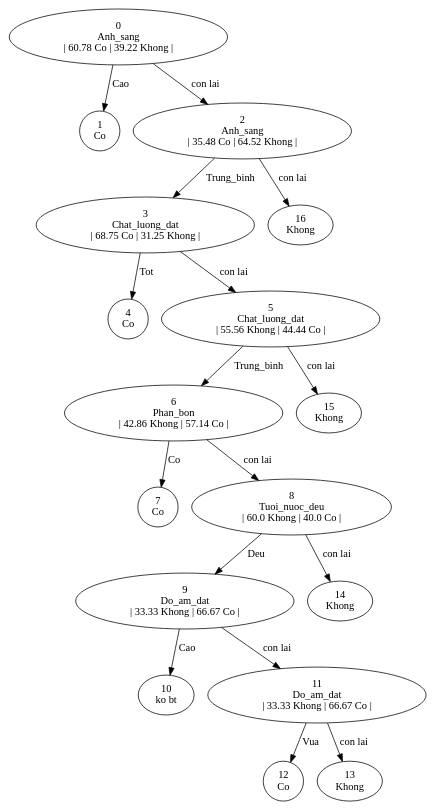
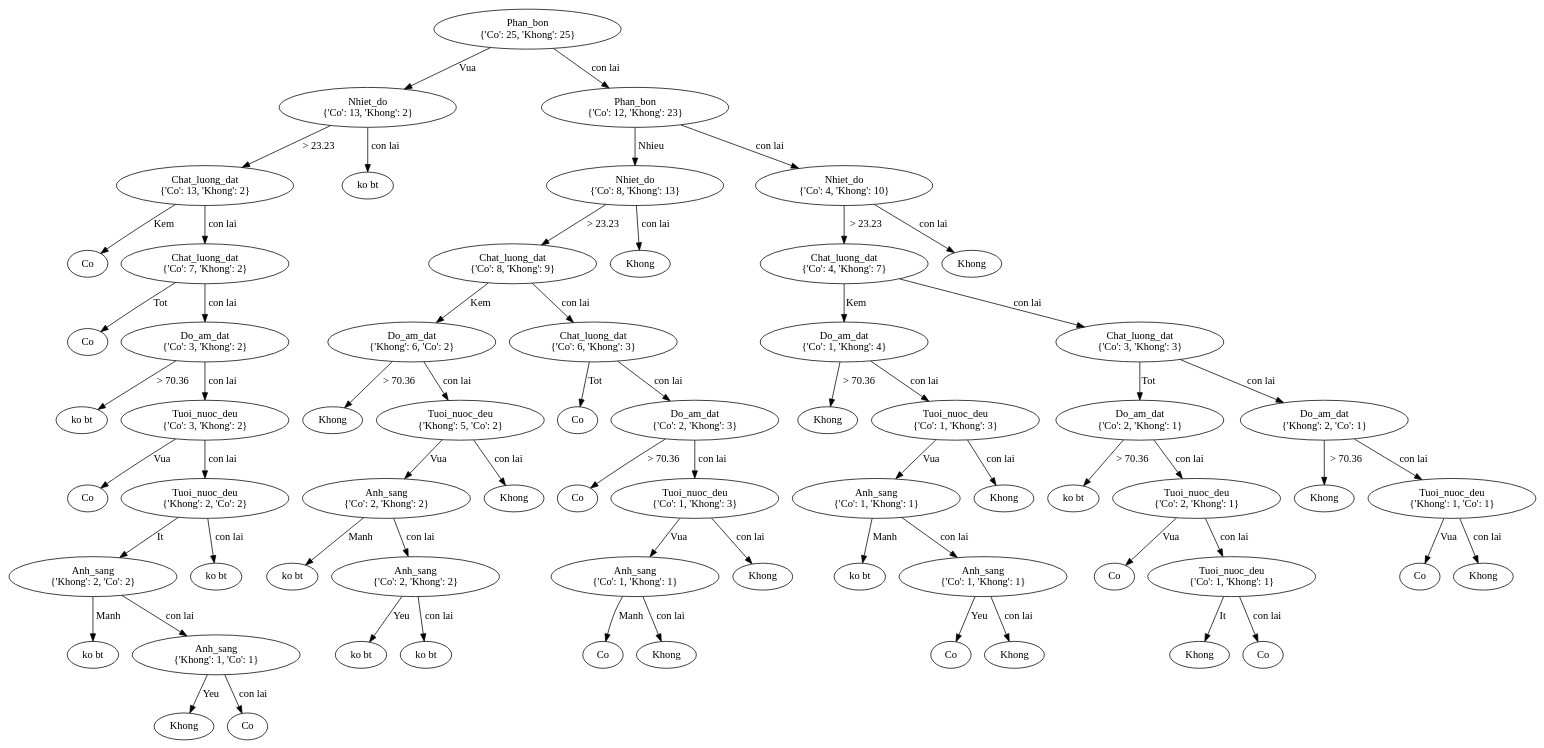
One commit to cao-thanh-tai/MLtest changed the diagram in tree.gv. Above: the diagram before and after it, drawn with Graphviz. The commit also changed 16 other files, not shown here.

```diff
--- a/tree.gv
+++ b/tree.gv
@@ -1,77 +1,197 @@
 // my tree
 digraph {
 	0 [label="0
-Anh_sang"]
-	0 [label="0
-Anh_sang
-| 60.78 Co | 39.22 Khong | "]
-	1 [label="1
-Co"]
-	2 [label="2
-| 35.48 Co | 64.52 Khong | "]
-	0 -> 1 [label=Cao]
-	0 -> 2 [label="con lai"]
-	2 [label="2
-Anh_sang
-| 35.48 Co | 64.52 Khong | "]
-	3 [label="3
-| 68.75 Co | 31.25 Khong | "]
-	16 [label="16
-Khong"]
-	2 -> 3 [label=Trung_binh]
-	3 [label="3
-Chat_luong_dat
-| 68.75 Co | 31.25 Khong | "]
-	4 [label="4
-Co"]
-	5 [label="5
-| 55.56 Khong | 44.44 Co | "]
-	3 -> 4 [label=Tot]
-	3 -> 5 [label="con lai"]
-	5 [label="5
-Chat_luong_dat
-| 55.56 Khong | 44.44 Co | "]
-	6 [label="6
-| 42.86 Khong | 57.14 Co | "]
-	15 [label="15
-Khong"]
-	5 -> 6 [label=Trung_binh]
-	6 [label="6
-Phan_bon
-| 42.86 Khong | 57.14 Co | "]
-	7 [label="7
-Co"]
-	8 [label="8
-| 60.0 Khong | 40.0 Co | "]
-	6 -> 7 [label=Co]
+Phan_bon"]
+	0 [label="Phan_bon
+{'Co': 25, 'Khong': 25}"]
+	1 [label=None]
+	18 [label=None]
+	0 -> 1 [label=Vua]
+	1 [label="Nhiet_do
+{'Co': 13, 'Khong': 2}"]
+	2 [label=None]
+	17 [label="ko bt"]
+	1 -> 2 [label="> 23.23"]
+	2 [label="Chat_luong_dat
+{'Co': 13, 'Khong': 2}"]
+	3 [label=Co]
+	4 [label=None]
+	2 -> 3 [label=Kem]
+	2 -> 4 [label="con lai"]
+	4 [label="Chat_luong_dat
+{'Co': 7, 'Khong': 2}"]
+	5 [label=Co]
+	6 [label=None]
+	4 -> 5 [label=Tot]
+	4 -> 6 [label="con lai"]
+	6 [label="Do_am_dat
+{'Co': 3, 'Khong': 2}"]
+	7 [label="ko bt"]
+	8 [label=None]
+	6 -> 7 [label="> 70.36"]
 	6 -> 8 [label="con lai"]
-	8 [label="8
-Tuoi_nuoc_deu
-| 60.0 Khong | 40.0 Co | "]
-	9 [label="9
-| 33.33 Khong | 66.67 Co | "]
-	14 [label="14
-Khong"]
-	8 -> 9 [label=Deu]
-	9 [label="9
-Do_am_dat
-| 33.33 Khong | 66.67 Co | "]
-	10 [label="10
-ko bt"]
-	11 [label="11
-| 33.33 Khong | 66.67 Co | "]
-	9 -> 10 [label=Cao]
-	9 -> 11 [label="con lai"]
-	11 [label="11
-Do_am_dat
-| 33.33 Khong | 66.67 Co | "]
-	12 [label="12
-Co"]
-	13 [label="13
-Khong"]
-	11 -> 12 [label=Vua]
+	8 [label="Tuoi_nuoc_deu
+{'Co': 3, 'Khong': 2}"]
+	9 [label=Co]
+	10 [label=None]
+	8 -> 9 [label=Vua]
+	8 -> 10 [label="con lai"]
+	10 [label="Tuoi_nuoc_deu
+{'Khong': 2, 'Co': 2}"]
+	11 [label=None]
+	16 [label="ko bt"]
+	10 -> 11 [label=It]
+	11 [label="Anh_sang
+{'Khong': 2, 'Co': 2}"]
+	12 [label="ko bt"]
+	13 [label=None]
+	11 -> 12 [label=Manh]
 	11 -> 13 [label="con lai"]
-	8 -> 14 [label="con lai"]
-	5 -> 15 [label="con lai"]
-	2 -> 16 [label="con lai"]
+	13 [label="Anh_sang
+{'Khong': 1, 'Co': 1}"]
+	14 [label=Khong]
+	15 [label=Co]
+	13 -> 14 [label=Yeu]
+	13 -> 15 [label="con lai"]
+	10 -> 16 [label="con lai"]
+	1 -> 17 [label="con lai"]
+	0 -> 18 [label="con lai"]
+	18 [label="Phan_bon
+{'Co': 12, 'Khong': 23}"]
+	19 [label=None]
+	40 [label=None]
+	18 -> 19 [label=Nhieu]
+	19 [label="Nhiet_do
+{'Co': 8, 'Khong': 13}"]
+	20 [label=None]
+	39 [label=Khong]
+	19 -> 20 [label="> 23.23"]
+	20 [label="Chat_luong_dat
+{'Co': 8, 'Khong': 9}"]
+	21 [label=None]
+	30 [label=None]
+	20 -> 21 [label=Kem]
+	21 [label="Do_am_dat
+{'Khong': 6, 'Co': 2}"]
+	22 [label=Khong]
+	23 [label=None]
+	21 -> 22 [label="> 70.36"]
+	21 -> 23 [label="con lai"]
+	23 [label="Tuoi_nuoc_deu
+{'Khong': 5, 'Co': 2}"]
+	24 [label=None]
+	29 [label=Khong]
+	23 -> 24 [label=Vua]
+	24 [label="Anh_sang
+{'Co': 2, 'Khong': 2}"]
+	25 [label="ko bt"]
+	26 [label=None]
+	24 -> 25 [label=Manh]
+	24 -> 26 [label="con lai"]
+	26 [label="Anh_sang
+{'Co': 2, 'Khong': 2}"]
+	27 [label="ko bt"]
+	28 [label="ko bt"]
+	26 -> 27 [label=Yeu]
+	26 -> 28 [label="con lai"]
+	23 -> 29 [label="con lai"]
+	20 -> 30 [label="con lai"]
+	30 [label="Chat_luong_dat
+{'Co': 6, 'Khong': 3}"]
+	31 [label=Co]
+	32 [label=None]
+	30 -> 31 [label=Tot]
+	30 -> 32 [label="con lai"]
+	32 [label="Do_am_dat
+{'Co': 2, 'Khong': 3}"]
+	33 [label=Co]
+	34 [label=None]
+	32 -> 33 [label="> 70.36"]
+	32 -> 34 [label="con lai"]
+	34 [label="Tuoi_nuoc_deu
+{'Co': 1, 'Khong': 3}"]
+	35 [label=None]
+	38 [label=Khong]
+	34 -> 35 [label=Vua]
+	35 [label="Anh_sang
+{'Co': 1, 'Khong': 1}"]
+	36 [label=Co]
+	37 [label=Khong]
+	35 -> 36 [label=Manh]
+	35 -> 37 [label="con lai"]
+	34 -> 38 [label="con lai"]
+	19 -> 39 [label="con lai"]
+	18 -> 40 [label="con lai"]
+	40 [label="Nhiet_do
+{'Co': 4, 'Khong': 10}"]
+	41 [label=None]
+	64 [label=Khong]
+	40 -> 41 [label="> 23.23"]
+	41 [label="Chat_luong_dat
+{'Co': 4, 'Khong': 7}"]
+	42 [label=None]
+	51 [label=None]
+	41 -> 42 [label=Kem]
+	42 [label="Do_am_dat
+{'Co': 1, 'Khong': 4}"]
+	43 [label=Khong]
+	44 [label=None]
+	42 -> 43 [label="> 70.36"]
+	42 -> 44 [label="con lai"]
+	44 [label="Tuoi_nuoc_deu
+{'Co': 1, 'Khong': 3}"]
+	45 [label=None]
+	50 [label=Khong]
+	44 -> 45 [label=Vua]
+	45 [label="Anh_sang
+{'Co': 1, 'Khong': 1}"]
+	46 [label="ko bt"]
+	47 [label=None]
+	45 -> 46 [label=Manh]
+	45 -> 47 [label="con lai"]
+	47 [label="Anh_sang
+{'Co': 1, 'Khong': 1}"]
+	48 [label=Co]
+	49 [label=Khong]
+	47 -> 48 [label=Yeu]
+	47 -> 49 [label="con lai"]
+	44 -> 50 [label="con lai"]
+	41 -> 51 [label="con lai"]
+	51 [label="Chat_luong_dat
+{'Co': 3, 'Khong': 3}"]
+	52 [label=None]
+	59 [label=None]
+	51 -> 52 [label=Tot]
+	52 [label="Do_am_dat
+{'Co': 2, 'Khong': 1}"]
+	53 [label="ko bt"]
+	54 [label=None]
+	52 -> 53 [label="> 70.36"]
+	52 -> 54 [label="con lai"]
+	54 [label="Tuoi_nuoc_deu
+{'Co': 2, 'Khong': 1}"]
+	55 [label=Co]
+	56 [label=None]
+	54 -> 55 [label=Vua]
+	54 -> 56 [label="con lai"]
+	56 [label="Tuoi_nuoc_deu
+{'Co': 1, 'Khong': 1}"]
+	57 [label=Khong]
+	58 [label=Co]
+	56 -> 57 [label=It]
+	56 -> 58 [label="con lai"]
+	51 -> 59 [label="con lai"]
+	59 [label="Do_am_dat
+{'Khong': 2, 'Co': 1}"]
+	60 [label=Khong]
+	61 [label=None]
+	59 -> 60 [label="> 70.36"]
+	59 -> 61 [label="con lai"]
+	61 [label="Tuoi_nuoc_deu
+{'Khong': 1, 'Co': 1}"]
+	62 [label=Co]
+	63 [label=Khong]
+	61 -> 62 [label=Vua]
+	61 -> 63 [label="con lai"]
+	40 -> 64 [label="con lai"]
 }
```
